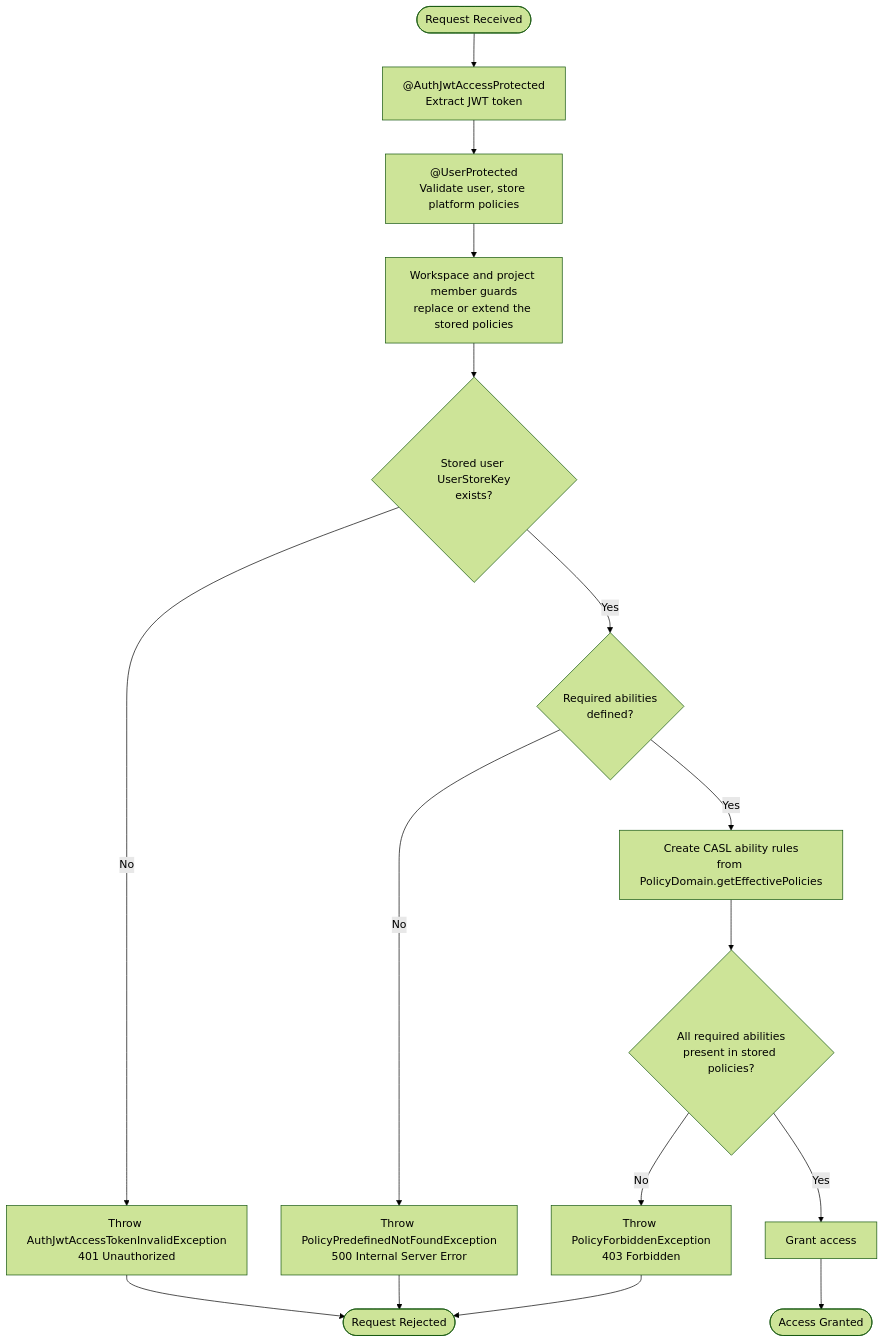
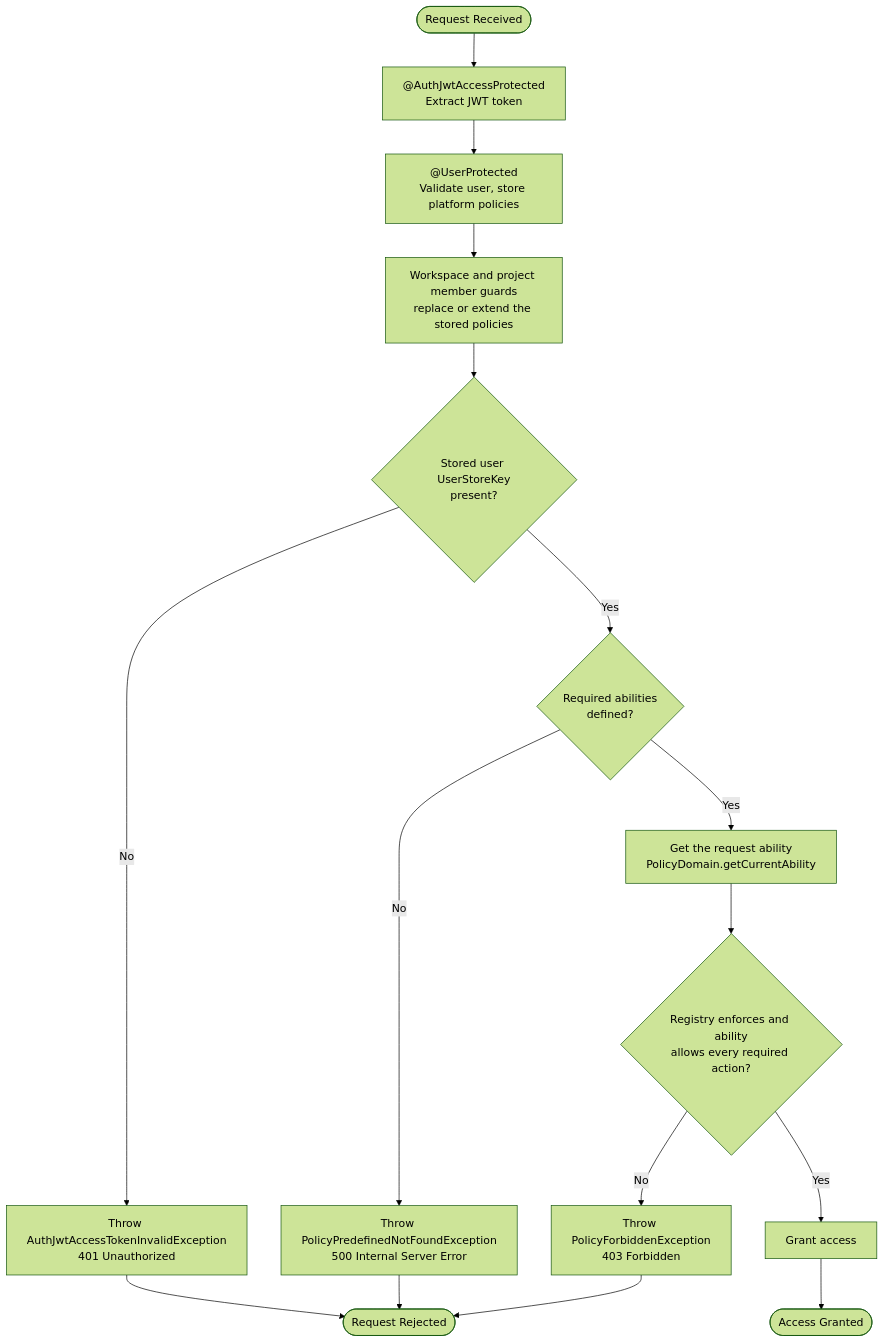
Before and after one commit to andrechristikan/ack-nestjs-boilerplate: the third of 5 diagrams in docs/authorization.md, drawn with Mermaid (forest theme). The commit also changed other lines of this file and 59 other files, not shown here.

Commit message:
chore: progress on casl v7 policy model

````diff
--- a/docs/authorization.md
+++ b/docs/authorization.md
@@ -345,24 +345,24 @@
 ```mermaid
 flowchart TD
     Start([Request Received]) --> JwtGuard[ @AuthJwtAccessProtected<br/>Extract JWT token]
     JwtGuard --> UserGuard[ @UserProtected<br/>Validate user, store platform policies]
     UserGuard --> Members[ Workspace and project member guards<br/>replace or extend the stored policies]
-    Members --> CheckUser{Stored user UserStoreKey<br/>exists?}
+    Members --> CheckStoredUser{Stored user UserStoreKey<br/>present?}
 
-    CheckUser -->|No| ErrorUser[Throw AuthJwtAccessTokenInvalidException<br/>401 Unauthorized]
-    CheckUser -->|Yes| CheckRequired{Required abilities<br/>defined?}
+    CheckStoredUser -->|No| ErrorAuth[Throw AuthJwtAccessTokenInvalidException<br/>401 Unauthorized]
+    CheckStoredUser -->|Yes| CheckRequired{Required abilities<br/>defined?}
 
     CheckRequired -->|No| ErrorPredefined[Throw PolicyPredefinedNotFoundException<br/>500 Internal Server Error]
-    CheckRequired -->|Yes| CreateAbilities[Create CASL ability rules<br/>from PolicyDomain.getEffectivePolicies]
+    CheckRequired -->|Yes| CreateAbilities[Get the request ability<br/>PolicyDomain.getCurrentAbility]
 
-    CreateAbilities --> ValidateAbilities{All required abilities<br/>present in stored policies?}
+    CreateAbilities --> ValidateAbilities{Registry enforces and ability<br/>allows every required action?}
 
     ValidateAbilities -->|No| ErrorForbidden[Throw PolicyForbiddenException<br/>403 Forbidden]
     ValidateAbilities -->|Yes| GrantAccess[Grant access]
 
     GrantAccess --> Success([Access Granted])
 
-    ErrorUser --> End([Request Rejected])
+    ErrorAuth --> End([Request Rejected])
     ErrorPredefined --> End
     ErrorForbidden --> End
 ```
````
